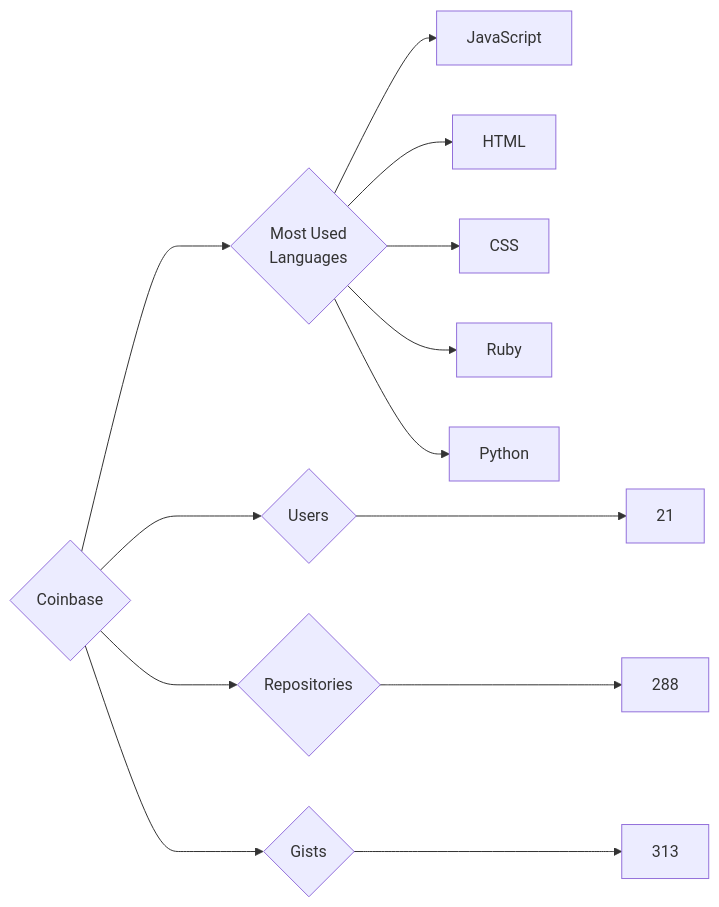
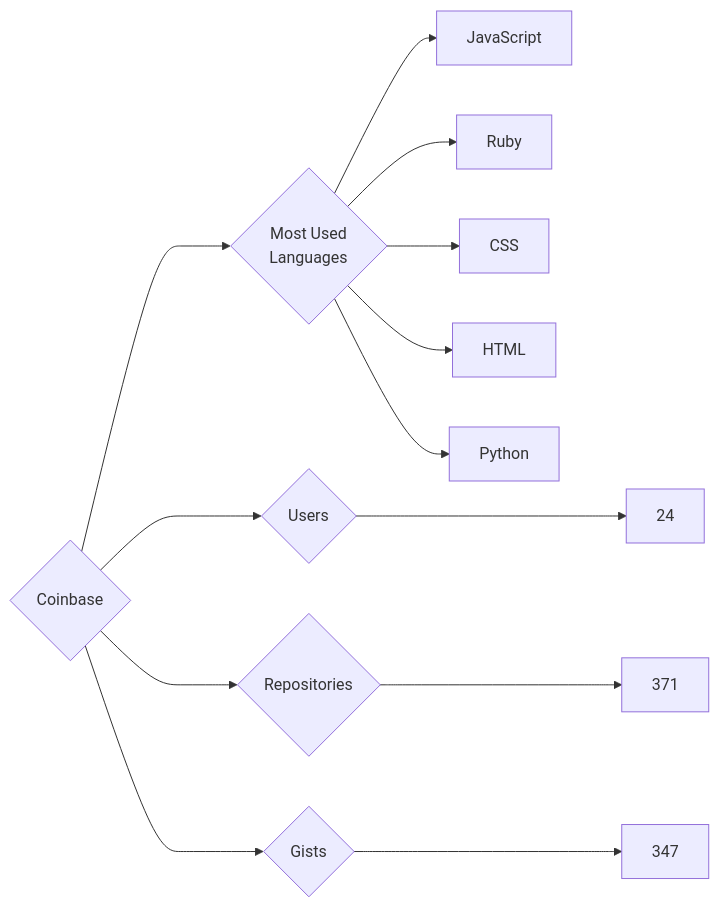
The diagram in targets/Coinbase/README.md (trickest/insiders), drawn with Mermaid before and after one commit. The commit also changed 935 other files, not shown here.

````diff
--- a/targets/Coinbase/README.md
+++ b/targets/Coinbase/README.md
@@ -3,13 +3,13 @@
 ```mermaid
 graph LR
 COMPANY_NAME{Coinbase}
-COMPANY_NAME ---> U{Users} ---> UN[21]
-COMPANY_NAME ---> R{Repositories} ---> RN[288]
-COMPANY_NAME ---> G{Gists} ---> GN[313]
+COMPANY_NAME ---> U{Users} ---> UN[24]
+COMPANY_NAME ---> R{Repositories} ---> RN[371]
+COMPANY_NAME ---> G{Gists} ---> GN[347]
 COMPANY_NAME ---> ML{Most Used<br>Languages}
 ML --> JavaScript[JavaScript]
+ML --> Ruby[Ruby]
+ML --> CSS[CSS]
 ML --> HTML[HTML]
-ML --> CSS[CSS]
-ML --> Ruby[Ruby]
 ML --> Python[Python]
 ```
````
